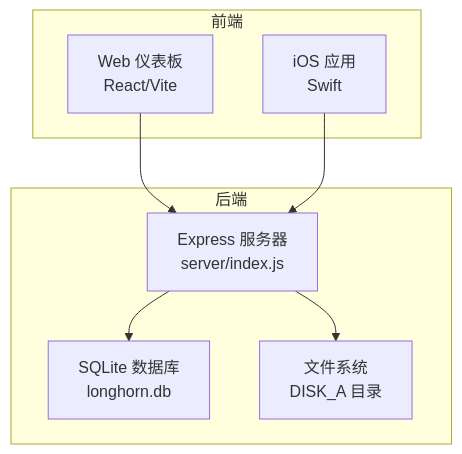
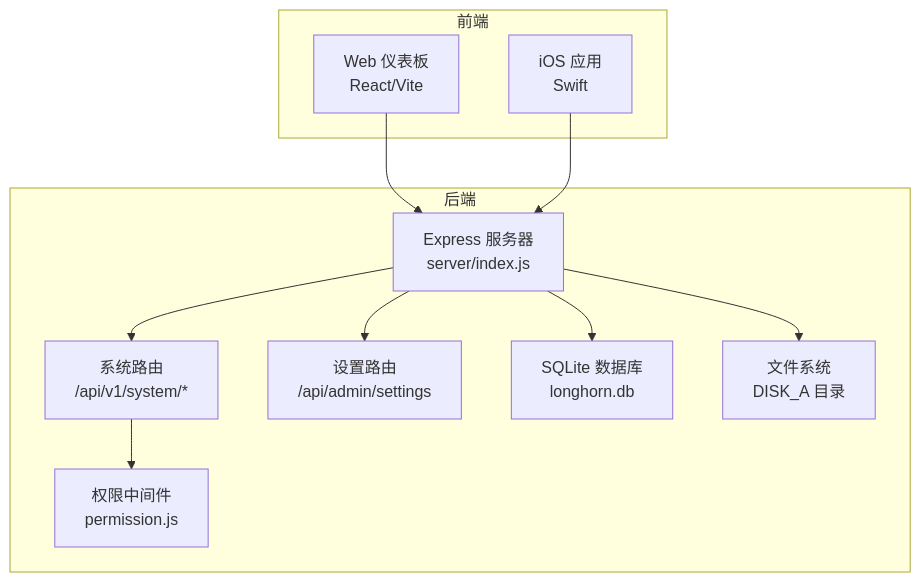
The first of 13 diagrams in .qoder/repowiki/zh/content/API 接口文档/系统服务 API.md (CubeEdge/Longhorn), drawn with Mermaid before and after one commit. The commit also changed other lines of this file and 53 other files, not shown here.

````diff
--- a/.qoder/repowiki/zh/content/API 接口文档/系统服务 API.md
+++ b/.qoder/repowiki/zh/content/API 接口文档/系统服务 API.md
@@ -34,16 +48,22 @@
 ```mermaid
 graph TB
 subgraph "前端"
 Web["Web 仪表板<br/>React/Vite"]
 Mobile["iOS 应用<br/>Swift"]
 end
 subgraph "后端"
 API["Express 服务器<br/>server/index.js"]
+SystemRoutes["系统路由<br/>/api/v1/system/*"]
+SettingsRoutes["设置路由<br/>/api/admin/settings"]
+PermissionMW["权限中间件<br/>permission.js"]
 DB["SQLite 数据库<br/>longhorn.db"]
 FS["文件系统<br/>DISK_A 目录"]
 end
 Web --> API
 Mobile --> API
+API --> SystemRoutes
+API --> SettingsRoutes
+SystemRoutes --> PermissionMW
 API --> DB
 API --> FS
 ```
````
